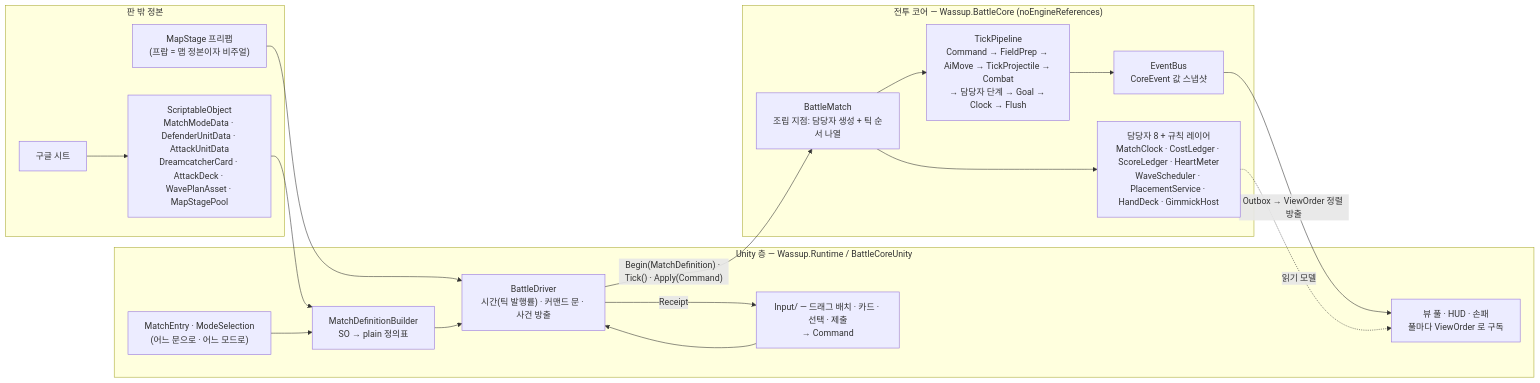
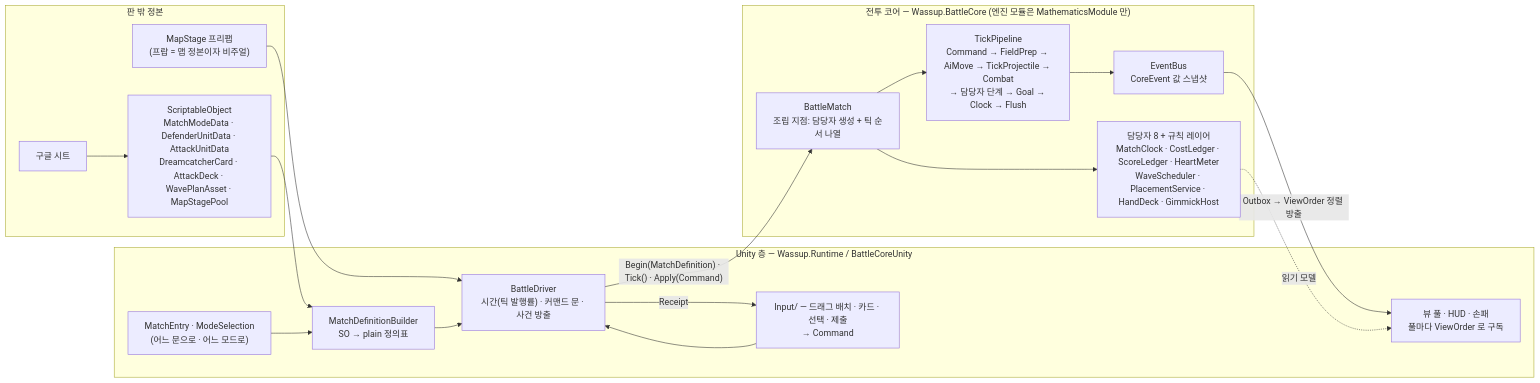
One commit to wasssupman/dreamsquad-demo changed the first of 2 diagrams in docs/reference/battle-core-architecture.md. Above: the diagram before and after it, drawn with Mermaid. The commit also changed other lines of this file and 13 other files, not shown here.

````diff
--- a/docs/reference/battle-core-architecture.md
+++ b/docs/reference/battle-core-architecture.md
@@ -28,32 +28,32 @@
 ```mermaid
 flowchart LR
     subgraph OUT["판 밖 정본"]
         SHEET["구글 시트"] --> SO["ScriptableObject<br/>MatchModeData · DefenderUnitData · AttackUnitData<br/>DreamcatcherCard · AttackDeck · WavePlanAsset · MapStagePool"]
         STAGE["MapStage 프리팹<br/>(프랍 = 맵 정본이자 비주얼)"]
     end
     subgraph UL["Unity 층 — Wassup.Runtime / BattleCoreUnity"]
         ENTRY["MatchEntry · ModeSelection<br/>(어느 문으로 · 어느 모드로)"]
         BUILD["MatchDefinitionBuilder<br/>SO → plain 정의표"]
         DRV["BattleDriver<br/>시간(틱 발행률) · 커맨드 문 · 사건 방출"]
         INPUT["Input/ — 드래그 배치 · 카드 · 선택 · 제출<br/>→ Command"]
         VIEW["뷰 풀 · HUD · 손패<br/>풀마다 ViewOrder 로 구독"]
     end
-    subgraph CORE["전투 코어 — Wassup.BattleCore (noEngineReferences)"]
+    subgraph CORE["전투 코어 — Wassup.BattleCore (엔진 모듈은 MathematicsModule 만)"]
         BM["BattleMatch<br/>조립 지점: 담당자 생성 + 틱 순서 나열"]
         OWN["담당자 8 + 규칙 레이어<br/>MatchClock · CostLedger · ScoreLedger · HeartMeter<br/>WaveScheduler · PlacementService · HandDeck · GimmickHost"]
         PIPE["TickPipeline<br/>Command → FieldPrep → AiMove → TickProjectile → Combat<br/>→ 담당자 단계 → Goal → Clock → Flush"]
         BUS["EventBus<br/>CoreEvent 값 스냅샷"]
     end
     SO --> BUILD
     STAGE --> DRV
     ENTRY --> BUILD
     BUILD --> DRV
     DRV -- "Begin(MatchDefinition) · Tick() · Apply(Command)" --> BM
     INPUT --> DRV
     BM --> OWN
     BM --> PIPE
     PIPE --> BUS
     DRV -- "Receipt" --> INPUT
     BUS -- "Outbox → ViewOrder 정렬 방출" --> VIEW
     OWN -. "읽기 모델" .-> VIEW
 ```
````
